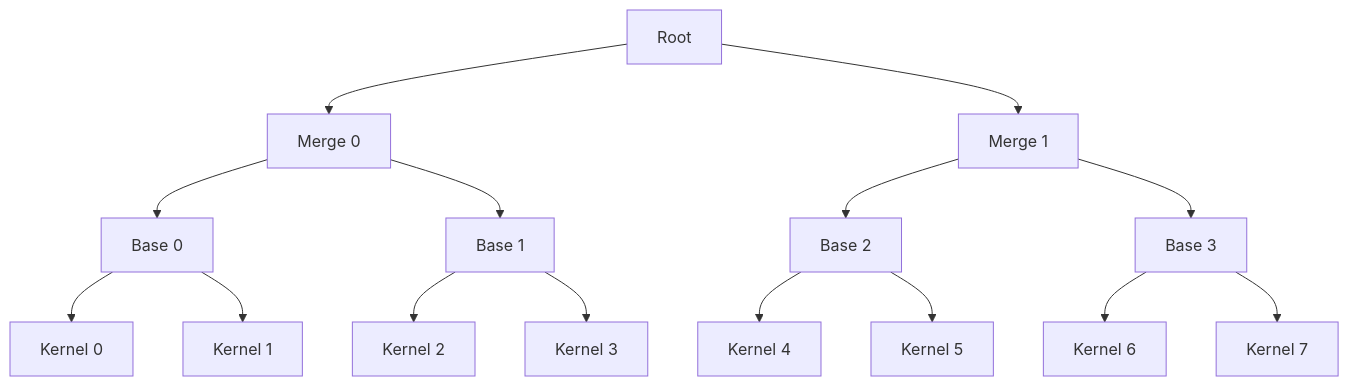
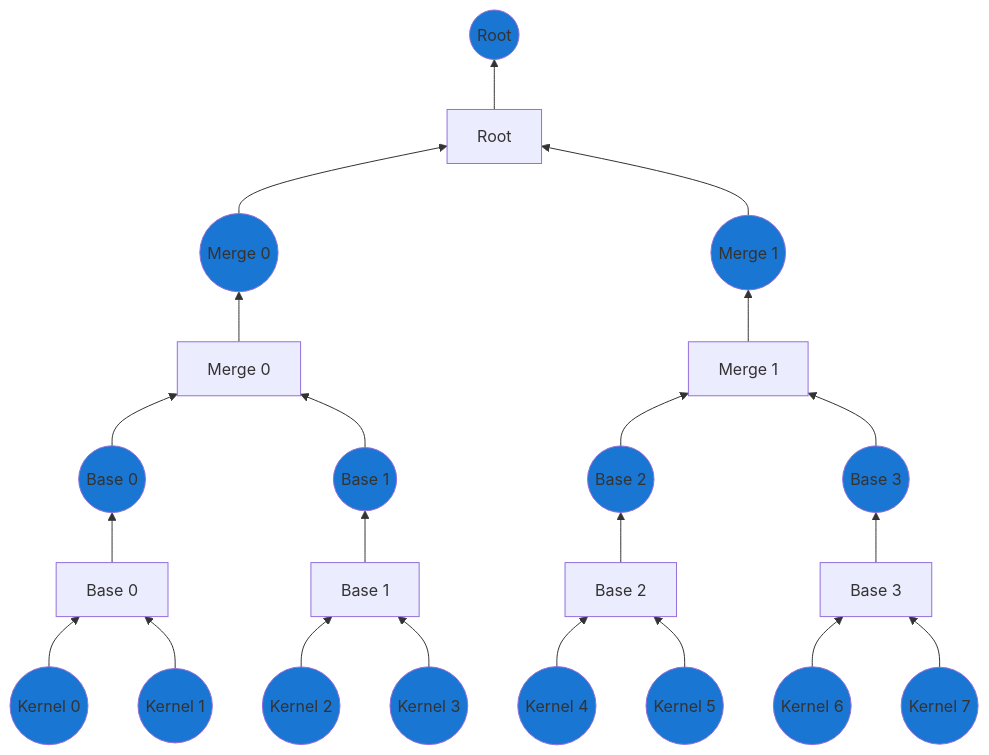
Before and after one commit to AztecProtocol/aztec-packages: the first of 5 diagrams in yellow-paper/docs/rollup-circuits/index.md, drawn with Mermaid. The commit also changed other lines of this file and 4 other files, not shown here.

````diff
--- a/yellow-paper/docs/rollup-circuits/index.md
+++ b/yellow-paper/docs/rollup-circuits/index.md
@@ -25,19 +22,69 @@
 ```mermaid
-graph TD
-    R[Root] --> M0[Merge 0]
-    R --> M1[Merge 1]
-    
-    M0 --> B0[Base 0]
-    M0 --> B1[Base 1]
-    M1 --> B2[Base 2]
-    M1 --> B3[Base 3]
+graph BT
+    R_p((Root))
+    R_c[Root]
 
-    B0 --> K0[Kernel 0]
-    B0 --> K1[Kernel 1]
-    B1 --> K2[Kernel 2]
-    B1 --> K3[Kernel 3]
-    B2 --> K4[Kernel 4]
-    B2 --> K5[Kernel 5]
-    B3 --> K6[Kernel 6]
-    B3 --> K7[Kernel 7]
+    R_c --> R_p
+
+    M0_p((Merge 0))
+    M1_p((Merge 1))
+    M0_p --> R_c
+    M1_p --> R_c
+
+    M0_c[Merge 0]
+    M1_c[Merge 1]
+    M0_c --> M0_p
+    M1_c --> M1_p
+
+    B0_p((Base 0))
+    B1_p((Base 1))
+    B2_p((Base 2))
+    B3_p((Base 3))
+    B0_p --> M0_c
+    B1_p --> M0_c
+    B2_p --> M1_c
+    B3_p --> M1_c
+
+
+    B0_c[Base 0]
+    B1_c[Base 1]
+    B2_c[Base 2]
+    B3_c[Base 3]
+    B0_c --> B0_p
+    B1_c --> B1_p
+    B2_c --> B2_p
+    B3_c --> B3_p
+
+    K0((Kernel 0))
+    K1((Kernel 1))
+    K2((Kernel 2))
+    K3((Kernel 3))
+    K4((Kernel 4))
+    K5((Kernel 5))
+    K6((Kernel 6))
+    K7((Kernel 7))
+    K0 --> B0_c
+    K1 --> B0_c
+    K2 --> B1_c
+    K3 --> B1_c
+    K4 --> B2_c
+    K5 --> B2_c
+    K6 --> B3_c
+    K7 --> B3_c
+
+    style R_p fill:#1976D2;
+    style M0_p fill:#1976D2;
+    style M1_p fill:#1976D2;
+    style B0_p fill:#1976D2;
+    style B1_p fill:#1976D2;
+    style B2_p fill:#1976D2;
+    style B3_p fill:#1976D2;
+    style K0 fill:#1976D2;
+    style K1 fill:#1976D2;
+    style K2 fill:#1976D2;
+    style K3 fill:#1976D2;
+    style K4 fill:#1976D2;
+    style K5 fill:#1976D2;
+    style K6 fill:#1976D2;
+    style K7 fill:#1976D2;
 ```
````
